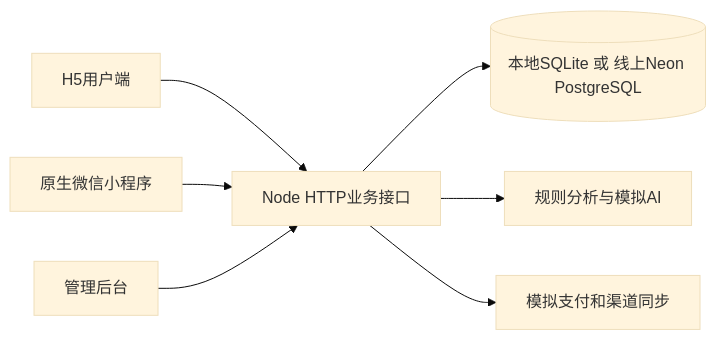
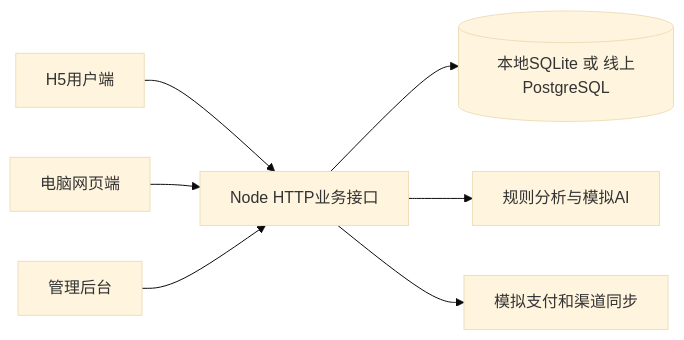
One commit to zhouder/internship changed the first of 2 diagrams in guiyan-demo/docs/ARCHITECTURE.md. Above: the diagram before and after it, drawn with Mermaid (base theme). The commit also changed other lines of this file and 42 other files, not shown here.

````diff
--- a/guiyan-demo/docs/ARCHITECTURE.md
+++ b/guiyan-demo/docs/ARCHITECTURE.md
@@ -5,9 +5,9 @@
 ```mermaid
 flowchart LR
   H[H5用户端] --> A[Node HTTP业务接口]
-  M[原生微信小程序] --> A
+  M[电脑网页端] --> A
   B[管理后台] --> A
-  A --> D[(本地SQLite 或 线上Neon PostgreSQL)]
+  A --> D[(本地SQLite 或 线上PostgreSQL)]
   A --> R[规则分析与模拟AI]
   A --> S[模拟支付和渠道同步]
 ```
````
